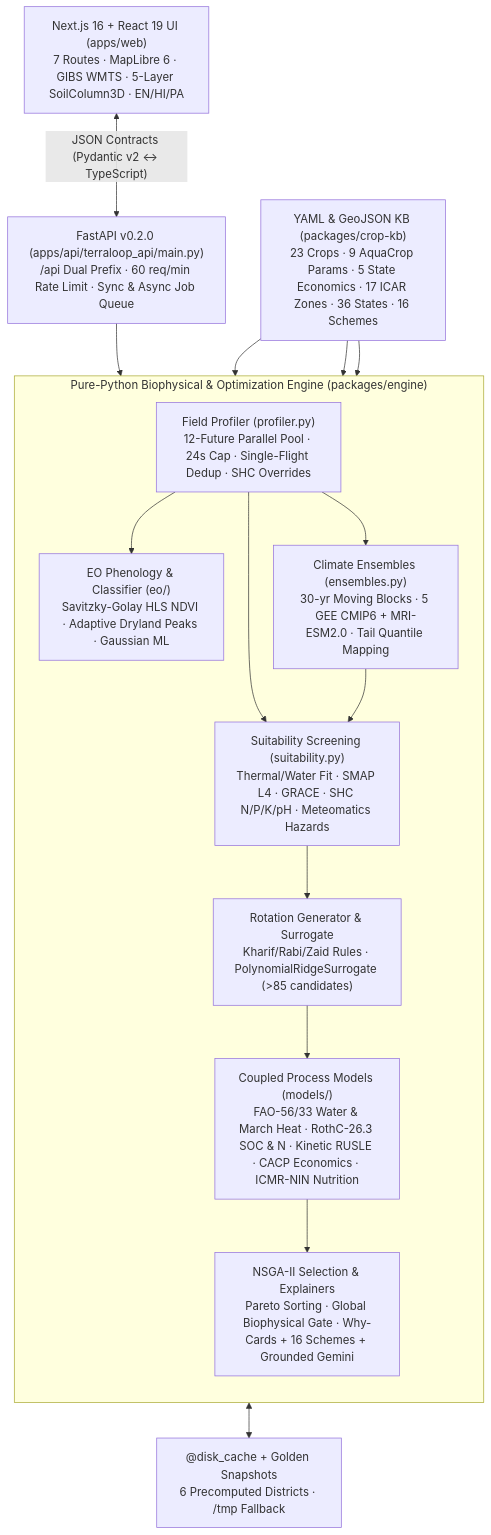
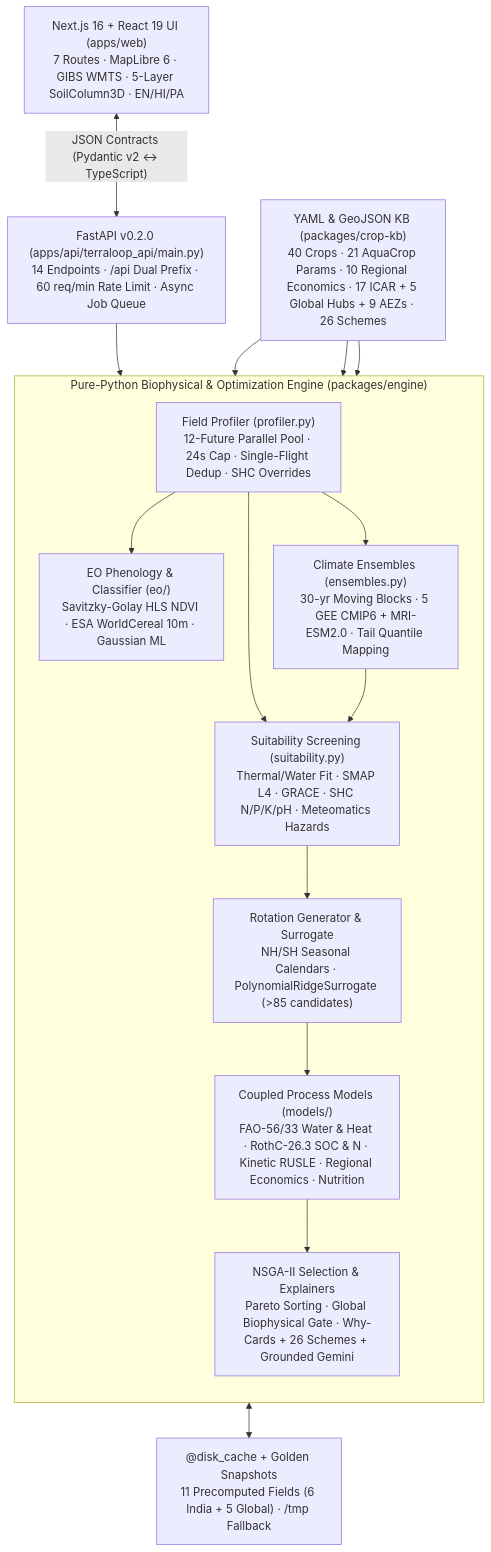
Before and after one commit to Anshsurana123/nasa-farm-hackathon: the diagram in README.md, drawn with Mermaid. The commit also changed other lines of this file and 11 other files, not shown here.

````diff
--- a/README.md
+++ b/README.md
@@ -145,33 +160,33 @@
 ```mermaid
 flowchart TB
     UI["Next.js 16 + React 19 UI (apps/web)<br/>7 Routes · MapLibre 6 · GIBS WMTS · 5-Layer SoilColumn3D · EN/HI/PA"]
-    API["FastAPI v0.2.0 (apps/api/terraloop_api/main.py)<br/>/api Dual Prefix · 60 req/min Rate Limit · Sync & Async Job Queue"]
+    API["FastAPI v0.2.0 (apps/api/terraloop_api/main.py)<br/>14 Endpoints · /api Dual Prefix · 60 req/min Rate Limit · Async Job Queue"]
 
     subgraph ENGINE["Pure-Python Biophysical & Optimization Engine (packages/engine)"]
         direction TB
         PROF["Field Profiler (profiler.py)<br/>12-Future Parallel Pool · 24s Cap · Single-Flight Dedup · SHC Overrides"]
         ENS["Climate Ensembles (ensembles.py)<br/>30-yr Moving Blocks · 5 GEE CMIP6 + MRI-ESM2.0 · Tail Quantile Mapping"]
-        EO["EO Phenology & Classifier (eo/)<br/>Savitzky-Golay HLS NDVI · Adaptive Dryland Peaks · Gaussian ML"]
+        EO["EO Phenology & Classifier (eo/)<br/>Savitzky-Golay HLS NDVI · ESA WorldCereal 10m · Gaussian ML"]
         SUIT["Suitability Screening (suitability.py)<br/>Thermal/Water Fit · SMAP L4 · GRACE · SHC N/P/K/pH · Meteomatics Hazards"]
-        GEN["Rotation Generator & Surrogate<br/>Kharif/Rabi/Zaid Rules · PolynomialRidgeSurrogate (>85 candidates)"]
-        SIM["Coupled Process Models (models/)<br/>FAO-56/33 Water & March Heat · RothC-26.3 SOC & N · Kinetic RUSLE · CACP Economics · ICMR-NIN Nutrition"]
-        OPT["NSGA-II Selection & Explainers<br/>Pareto Sorting · Global Biophysical Gate · Why-Cards + 16 Schemes + Grounded Gemini"]
+        GEN["Rotation Generator & Surrogate<br/>NH/SH Seasonal Calendars · PolynomialRidgeSurrogate (>85 candidates)"]
+        SIM["Coupled Process Models (models/)<br/>FAO-56/33 Water & Heat · RothC-26.3 SOC & N · Kinetic RUSLE · Regional Economics · Nutrition"]
+        OPT["NSGA-II Selection & Explainers<br/>Pareto Sorting · Global Biophysical Gate · Why-Cards + 26 Schemes + Grounded Gemini"]
     end
 
-    KB["YAML & GeoJSON KB (packages/crop-kb)<br/>23 Crops · 9 AquaCrop Params · 5 State Economics · 17 ICAR Zones · 36 States · 16 Schemes"]
-    CACHE["@disk_cache + Golden Snapshots<br/>6 Precomputed Districts · /tmp Fallback"]
+    KB["YAML & GeoJSON KB (packages/crop-kb)<br/>40 Crops · 21 AquaCrop Params · 10 Regional Economics · 17 ICAR + 5 Global Hubs + 9 AEZs · 26 Schemes"]
+    CACHE["@disk_cache + Golden Snapshots<br/>11 Precomputed Fields (6 India + 5 Global) · /tmp Fallback"]
 
     UI <-->|"JSON Contracts (Pydantic v2 ↔ TypeScript)"| API
     API --> PROF
     PROF --> EO
     PROF --> ENS
     PROF --> SUIT
     ENS --> SUIT
     SUIT --> GEN
     GEN --> SIM
     SIM --> OPT
     KB --> SUIT
     KB --> GEN
     KB --> SIM
     PROF <--> CACHE
 ```
````
